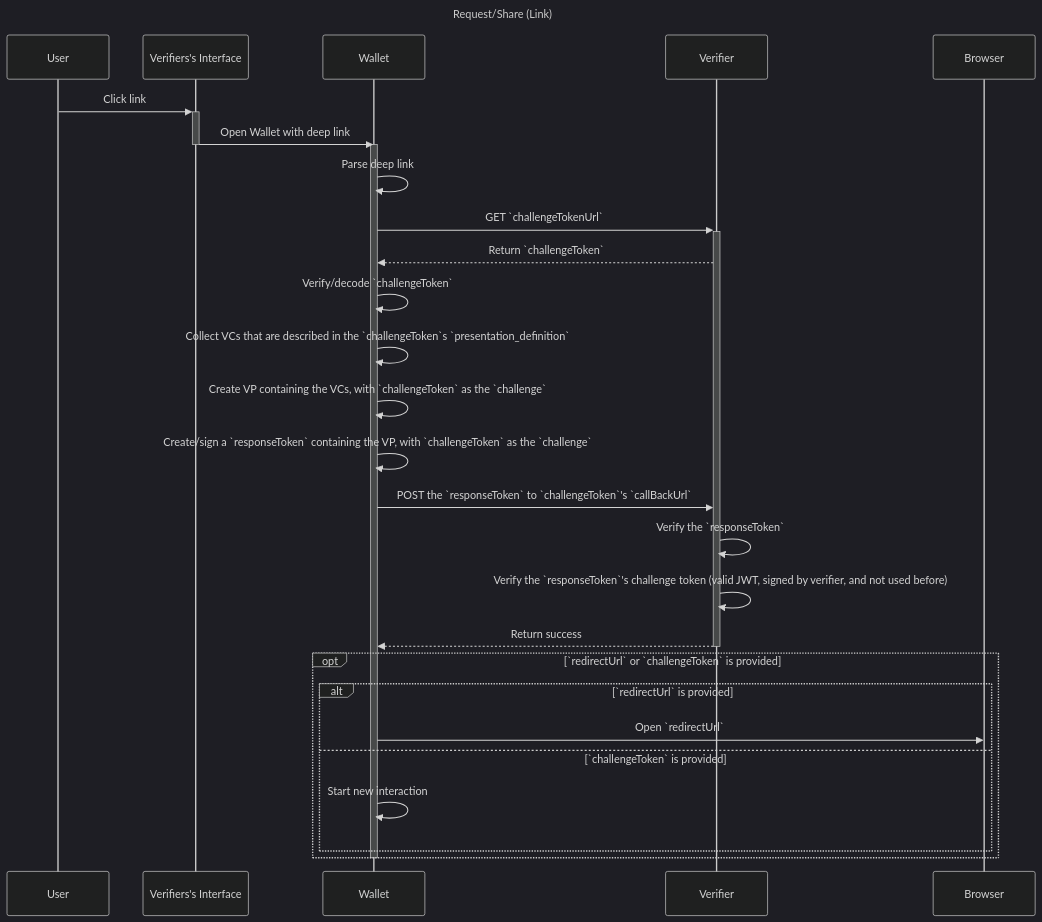
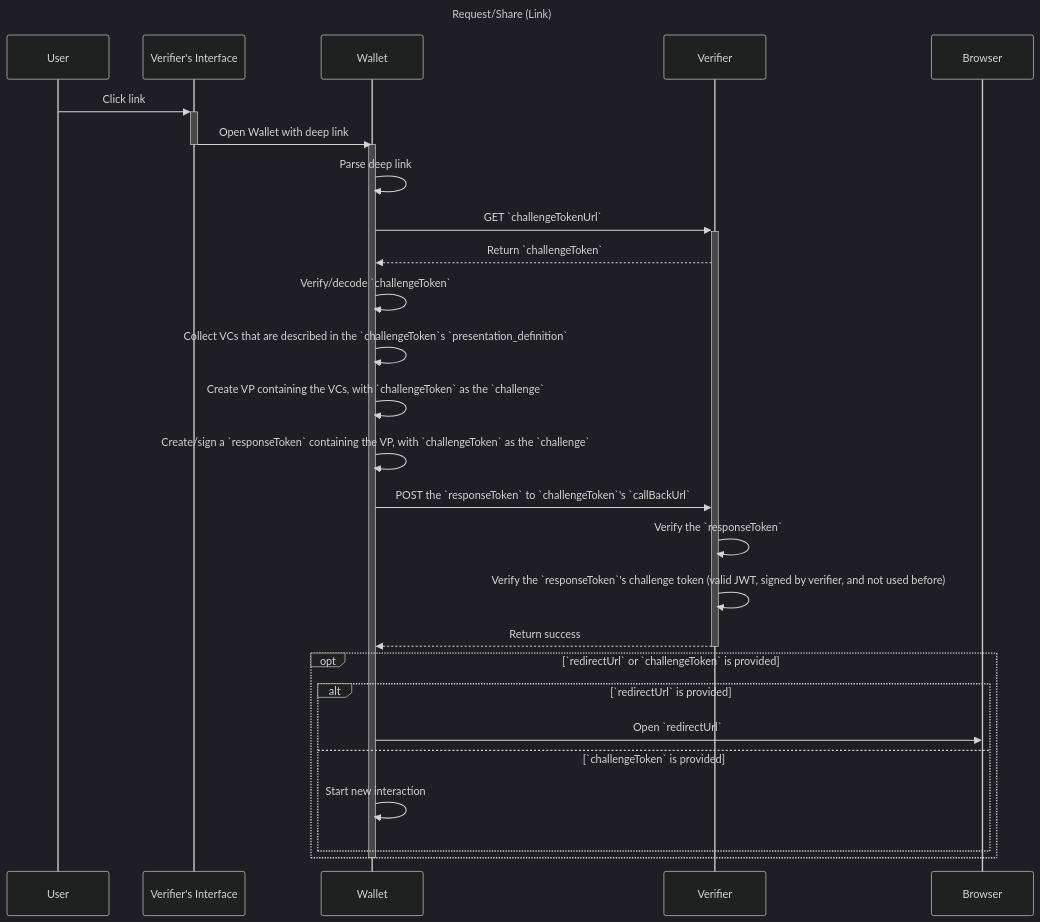
Before and after one commit to decentralized-identity/wallet-and-credential-interactions: the sixth of 6 diagrams in spec/spec.md, drawn with Mermaid (dark theme). The commit also changed other lines of this file, not shown here.

````diff
--- a/spec/spec.md
+++ b/spec/spec.md
@@ -626,35 +626,35 @@
 ```mermaid
 sequenceDiagram
   title: Request/Share (Link)
 
-  User ->>+ Verifiers's Interface: Click link
+  User ->>+ Verifier's Interface: Click link
 
-  Verifiers's Interface ->>- Wallet: Open Wallet with deep link
+  Verifier's Interface ->>- Wallet: Open Wallet with deep link
 
   activate Wallet
 
   Wallet ->> Wallet: Parse deep link
 
   Wallet ->>+ Verifier: GET `challengeTokenUrl`
   Verifier -->> Wallet: Return `challengeToken`
 
   Wallet ->> Wallet: Verify/decode `challengeToken`
   Wallet ->> Wallet: Collect VCs that are described in the `challengeToken`s `presentation_definition`
   Wallet ->> Wallet: Create VP containing the VCs, with `challengeToken` as the `challenge`
   Wallet ->> Wallet: Create/sign a `responseToken` containing the VP, with `challengeToken` as the `challenge`
 
   Wallet ->> Verifier: POST the `responseToken` to `challengeToken`'s `callBackUrl`
   Verifier ->> Verifier: Verify the `responseToken`
   Verifier ->> Verifier: Verify the `responseToken`'s challenge token (valid JWT, signed by verifier, and not used before)
   Verifier -->>- Wallet: Return success
 
   opt `redirectUrl` or `challengeToken` is provided
     alt `redirectUrl` is provided
       Wallet ->> Browser: Open `redirectUrl`
     else `challengeToken` is provided
       Wallet ->> Wallet: Start new interaction
     end
   end
 
   deactivate Wallet
 ```
````
